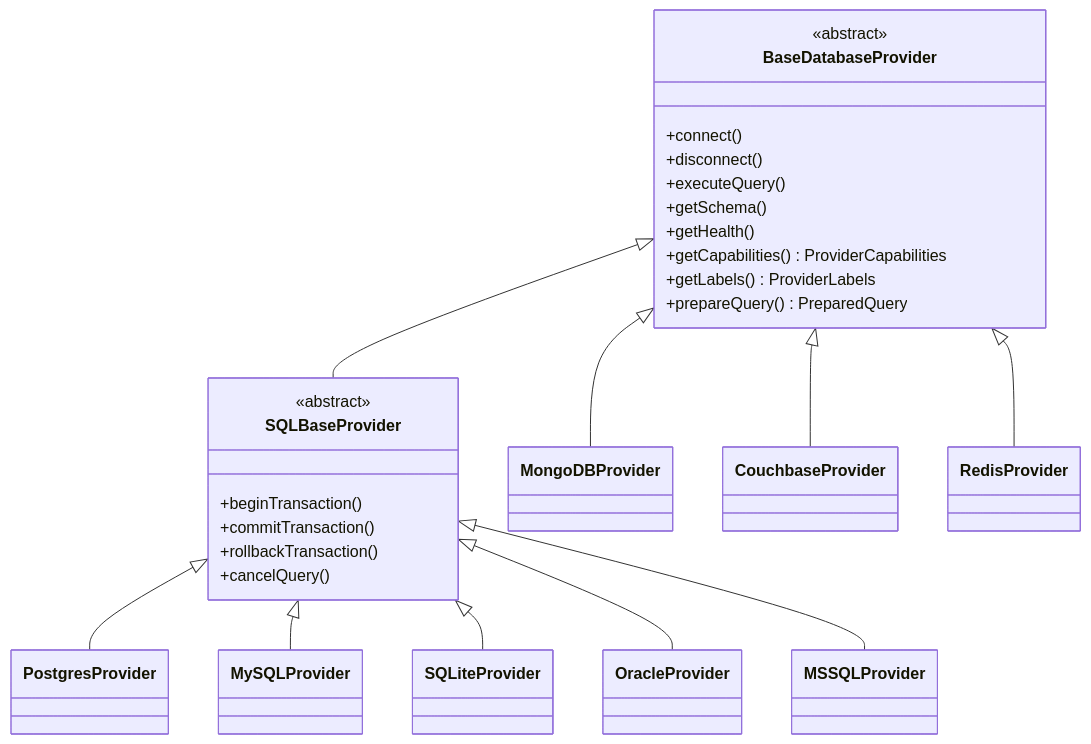
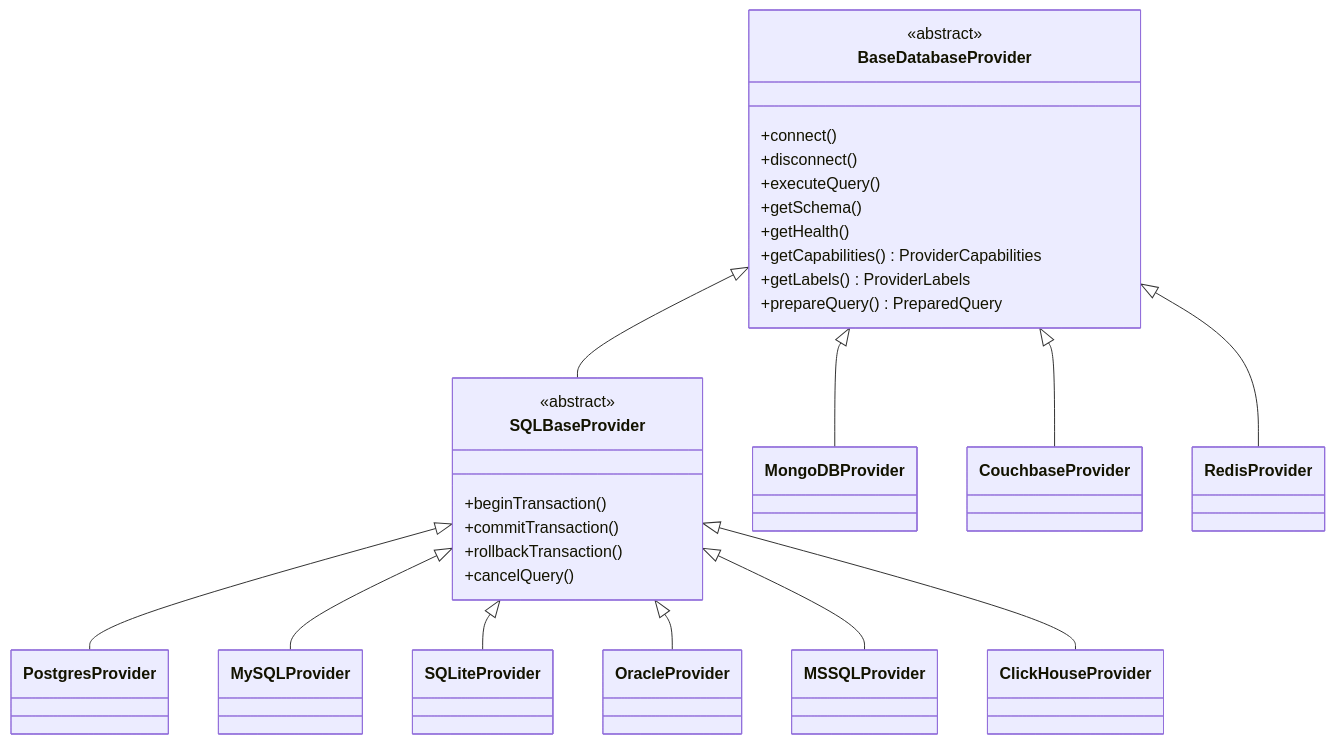
One commit to CrazyForks/libredb-studio changed the second of 3 diagrams in docs/ARCHITECTURE.md. Above: the diagram before and after it, drawn with Mermaid. The commit also changed other lines of this file and 37 other files, not shown here.

First line of the commit message:
feat(db): add ClickHouse provider (SQL over the HTTP interface, no native dependency) (#270)

````diff
--- a/docs/ARCHITECTURE.md
+++ b/docs/ARCHITECTURE.md
@@ -70,33 +71,34 @@
 ```mermaid
 classDiagram
     class BaseDatabaseProvider {
         <<abstract>>
         +connect()
         +disconnect()
         +executeQuery()
         +getSchema()
         +getHealth()
         +getCapabilities() ProviderCapabilities
         +getLabels() ProviderLabels
         +prepareQuery() PreparedQuery
     }
 
     class SQLBaseProvider {
         <<abstract>>
         +beginTransaction()
         +commitTransaction()
         +rollbackTransaction()
         +cancelQuery()
     }
 
     BaseDatabaseProvider <|-- SQLBaseProvider
     BaseDatabaseProvider <|-- MongoDBProvider
     BaseDatabaseProvider <|-- CouchbaseProvider
     BaseDatabaseProvider <|-- RedisProvider
 
     SQLBaseProvider <|-- PostgresProvider
     SQLBaseProvider <|-- MySQLProvider
     SQLBaseProvider <|-- SQLiteProvider
     SQLBaseProvider <|-- OracleProvider
     SQLBaseProvider <|-- MSSQLProvider
+    SQLBaseProvider <|-- ClickHouseProvider
 ```
````
